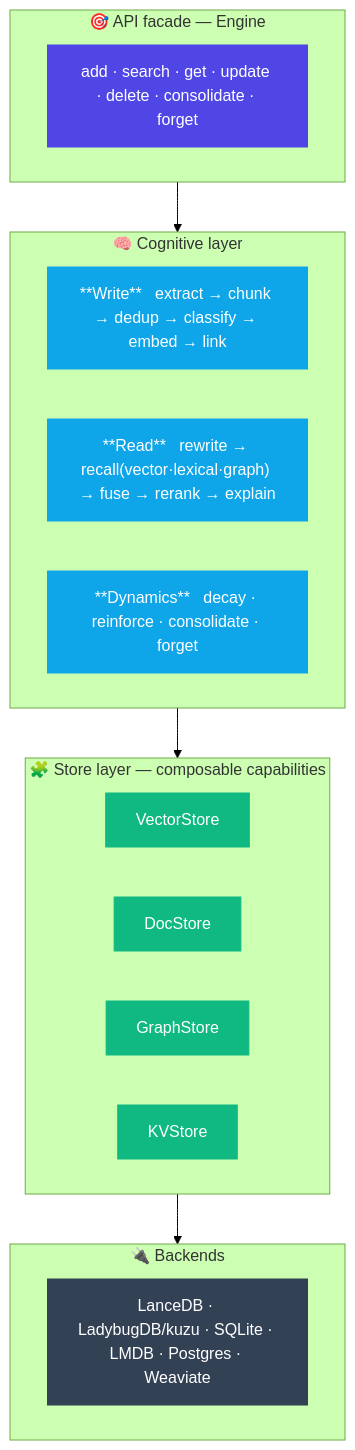
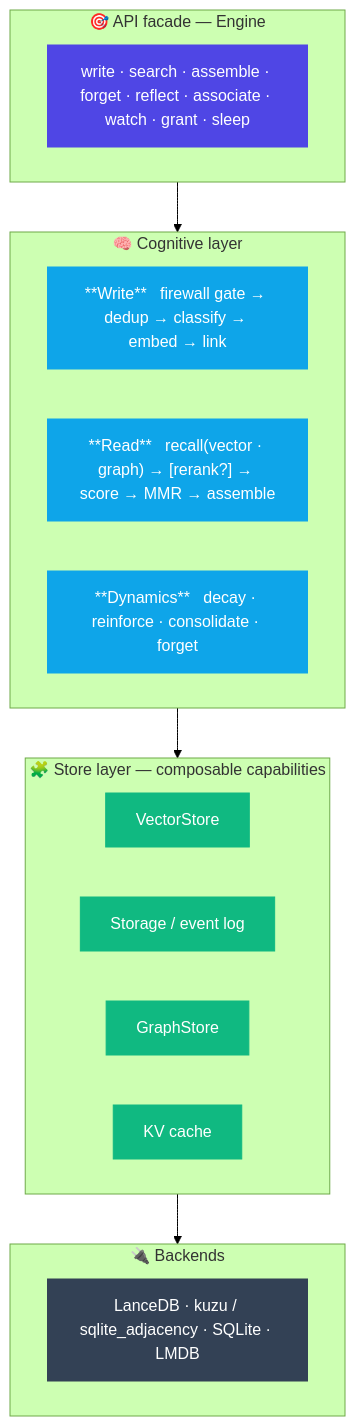
Before and after one commit to techiewonk/memspine: the first of 2 diagrams in README.md, drawn with Mermaid (forest theme). The commit also changed other lines of this file and 5 other files, not shown here.

````diff
--- a/README.md
+++ b/README.md
@@ -74,30 +292,30 @@
 ```mermaid
 flowchart TB
     subgraph API["🎯 API facade — Engine"]
-        A["add · search · get · update · delete · consolidate · forget"]
+        A["write · search · assemble · forget · reflect · associate · watch · grant · sleep"]
     end
     subgraph COG["🧠 Cognitive layer"]
-        W["**Write** &nbsp; extract → chunk → dedup → classify → embed → link"]
-        R["**Read** &nbsp; rewrite → recall(vector·lexical·graph) → fuse → rerank → explain"]
+        W["**Write** &nbsp; firewall gate → dedup → classify → embed → link"]
+        R["**Read** &nbsp; recall(vector · graph) → [rerank?] → score → MMR → assemble"]
         D["**Dynamics** &nbsp; decay · reinforce · consolidate · forget"]
     end
     subgraph STORE["🧩 Store layer — composable capabilities"]
         V["VectorStore"]
-        DOC["DocStore"]
+        DOC["Storage / event log"]
         G["GraphStore"]
-        KV["KVStore"]
+        KV["KV cache"]
     end
     subgraph BK["🔌 Backends"]
-        B["LanceDB · LadybugDB/kuzu · SQLite · LMDB · Postgres · Weaviate"]
+        B["LanceDB · kuzu / sqlite_adjacency · SQLite · LMDB"]
     end
     API --> COG --> STORE --> BK
 
     classDef api fill:#4f46e5,stroke:#4f46e5,color:#fff;
     classDef cog fill:#0ea5e9,stroke:#0ea5e9,color:#fff;
     classDef store fill:#10b981,stroke:#10b981,color:#fff;
     classDef bk fill:#334155,stroke:#334155,color:#fff;
     class A api;
     class W,R,D cog;
     class V,DOC,G,KV store;
     class B bk;
 ```
````
